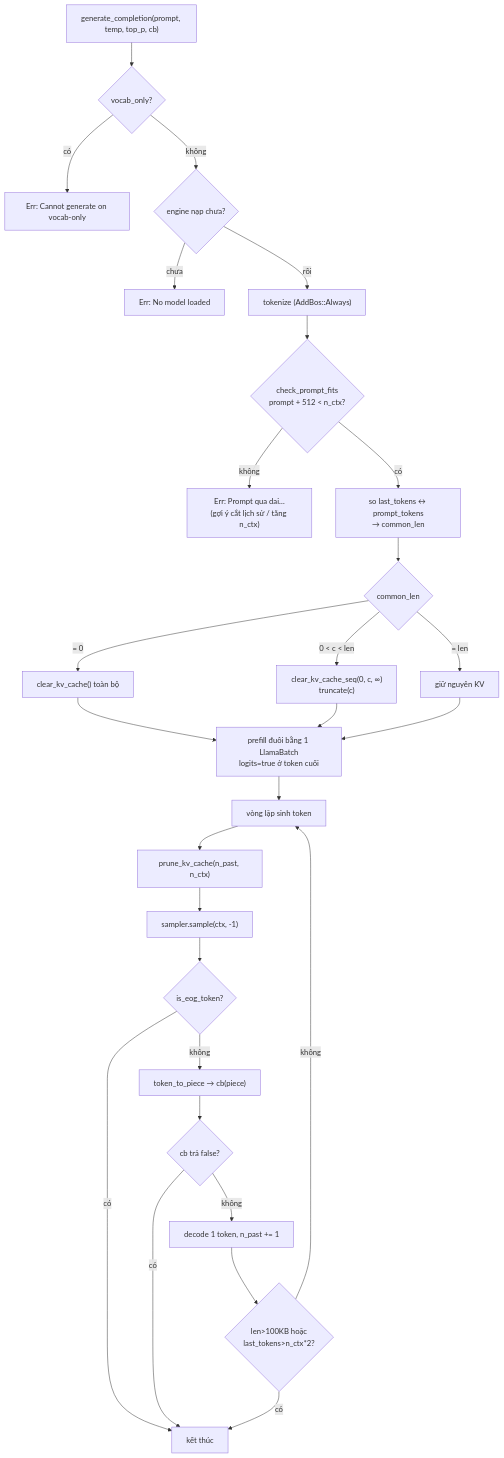
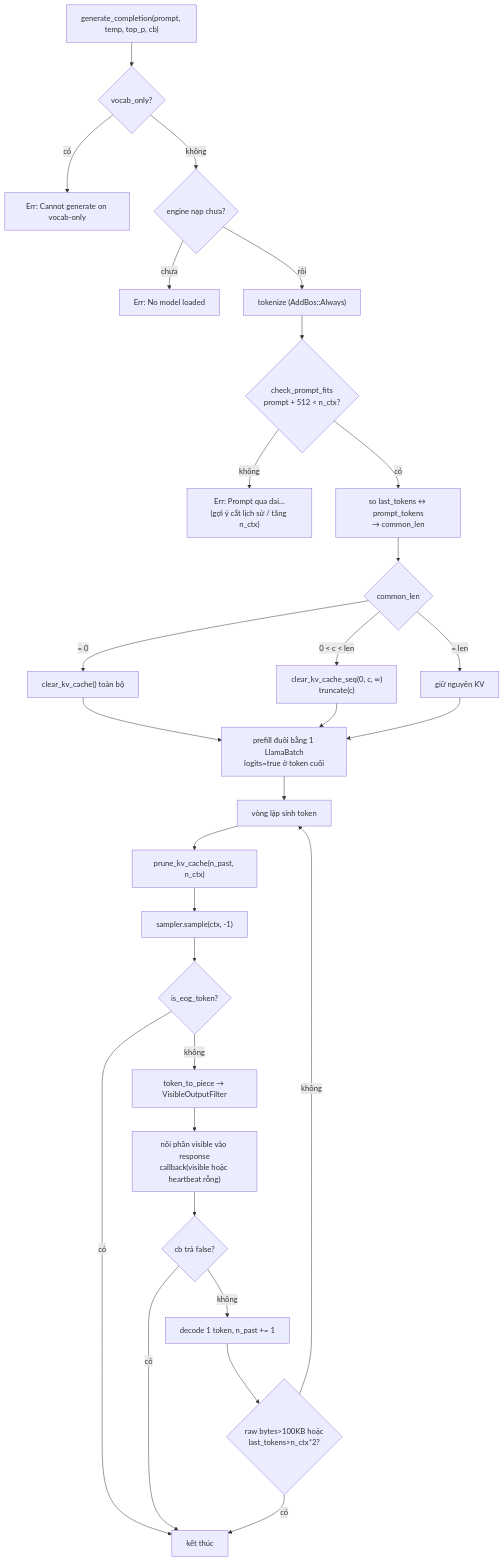
One commit to DuongNAD/LIVA changed the third of 5 diagrams in docs/01-ban-ve/04-he-llm-va-prompt.md. Above: the diagram before and after it, drawn with Mermaid. The commit also changed other lines of this file and 104 other files, not shown here.

````diff
--- a/docs/01-ban-ve/04-he-llm-va-prompt.md
+++ b/docs/01-ban-ve/04-he-llm-va-prompt.md
@@ -466,30 +476,31 @@
 ```mermaid
 flowchart TD
     A["generate_completion(prompt, temp, top_p, cb)"] --> B{"vocab_only?"}
     B -- có --> Z1["Err: Cannot generate on vocab-only"]
     B -- không --> C{"engine nạp chưa?"}
     C -- chưa --> Z2["Err: No model loaded"]
     C -- rồi --> D["tokenize (AddBos::Always)"]
     D --> D2{"check_prompt_fits<br/>prompt + 512 &lt; n_ctx?"}
     D2 -- không --> Z3["Err: Prompt qua dai…<br/>(gợi ý cắt lịch sử / tăng n_ctx)"]
     D2 -- có --> E["so last_tokens ↔ prompt_tokens<br/>→ common_len"]
     E --> F{"common_len"}
     F -- "= 0" --> G["clear_kv_cache() toàn bộ"]
     F -- "0 &lt; c &lt; len" --> H["clear_kv_cache_seq(0, c, ∞)<br/>truncate(c)"]
     F -- "= len" --> I["giữ nguyên KV"]
     G --> J["prefill đuôi bằng 1 LlamaBatch<br/>logits=true ở token cuối"]
     H --> J
     I --> J
     J --> K["vòng lặp sinh token"]
     K --> L["prune_kv_cache(n_past, n_ctx)"]
     L --> M["sampler.sample(ctx, -1)"]
     M --> N{"is_eog_token?"}
     N -- có --> Y["kết thúc"]
-    N -- không --> O["token_to_piece → cb(piece)"]
-    O --> P{"cb trả false?"}
+    N -- không --> O["token_to_piece → VisibleOutputFilter"]
+    O --> O2["nối phần visible vào response<br/>callback(visible hoặc heartbeat rỗng)"]
+    O2 --> P{"cb trả false?"}
     P -- có --> Y
     P -- không --> Q["decode 1 token, n_past += 1"]
-    Q --> R{"len&gt;100KB hoặc<br/>last_tokens&gt;n_ctx*2?"}
+    Q --> R{"raw bytes&gt;100KB hoặc<br/>last_tokens&gt;n_ctx*2?"}
     R -- có --> Y
     R -- không --> K
 ```
````
